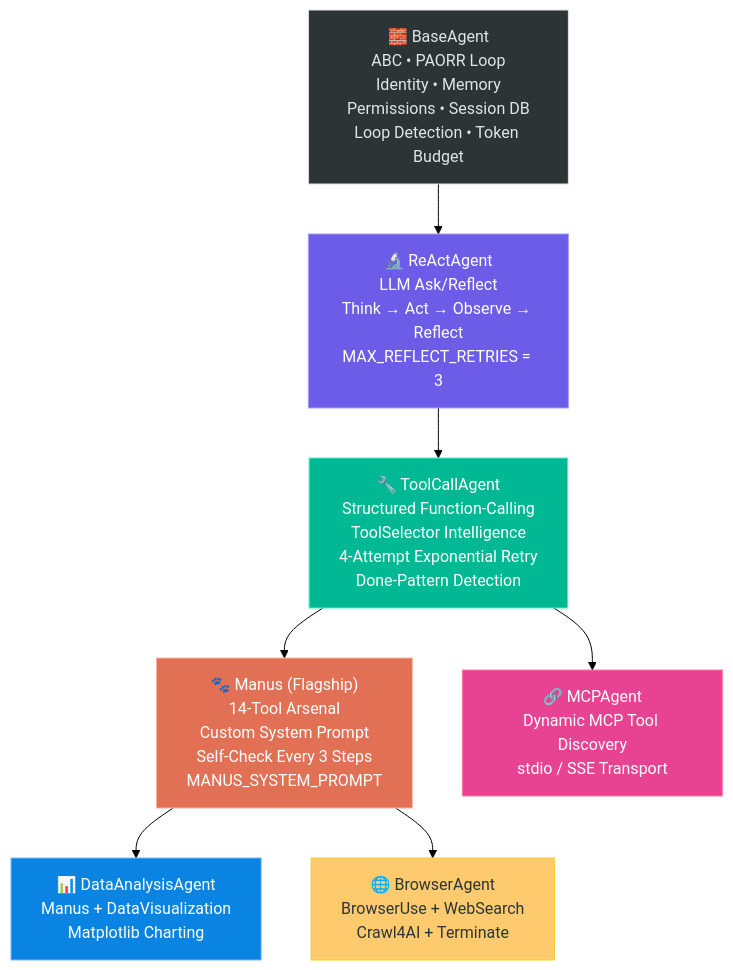
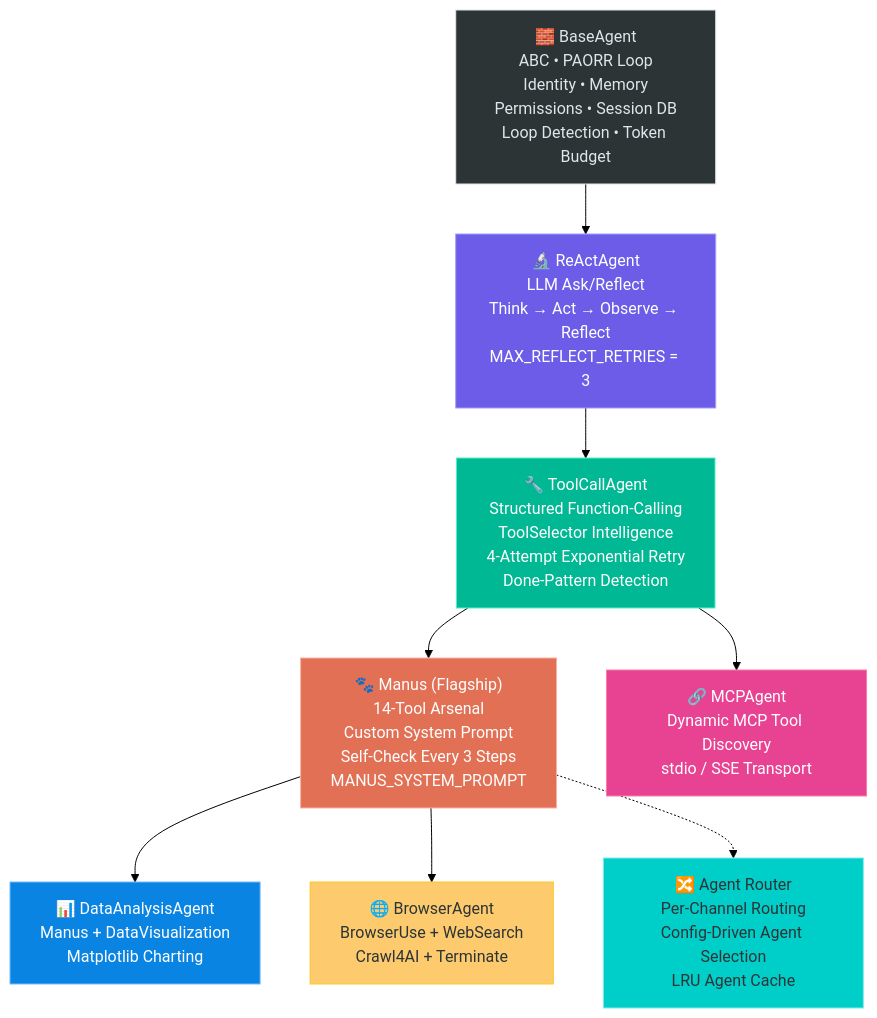
Before and after one commit to The-JDdev/ManusClaw: the third of 15 diagrams in README.md, drawn with Mermaid (forest theme). The commit also changed other lines of this file and 1 other file, not shown here.

````diff
--- a/README.md
+++ b/README.md
@@ -181,25 +282,28 @@
 ```mermaid
 flowchart TB
     BA["🧱 BaseAgent<br/>ABC • PAORR Loop<br/>Identity • Memory<br/>Permissions • Session DB<br/>Loop Detection • Token Budget"]
     RA["🔬 ReActAgent<br/>LLM Ask/Reflect<br/>Think → Act → Observe → Reflect<br/>MAX_REFLECT_RETRIES = 3"]
     TC["🔧 ToolCallAgent<br/>Structured Function-Calling<br/>ToolSelector Intelligence<br/>4-Attempt Exponential Retry<br/>Done-Pattern Detection"]
     MA["🐾 Manus (Flagship)<br/>14-Tool Arsenal<br/>Custom System Prompt<br/>Self-Check Every 3 Steps<br/>MANUS_SYSTEM_PROMPT"]
     DA["📊 DataAnalysisAgent<br/>Manus + DataVisualization<br/>Matplotlib Charting"]
     BWA["🌐 BrowserAgent<br/>BrowserUse + WebSearch<br/>Crawl4AI + Terminate"]
     MA2["🔗 MCPAgent<br/>Dynamic MCP Tool Discovery<br/>stdio / SSE Transport"]
+    AR["🔀 Agent Router<br/>Per-Channel Routing<br/>Config-Driven Agent Selection<br/>LRU Agent Cache"]
 
     BA --> RA
     RA --> TC
     TC --> MA
     MA --> DA
     MA --> BWA
     TC --> MA2
+    MA -.-> AR
 
     style BA fill:#2d3436,stroke:#dfe6e9,color:#dfe6e9
     style RA fill:#6c5ce7,stroke:#a29bfe,color:#fff
     style TC fill:#00b894,stroke:#55efc4,color:#fff
     style MA fill:#e17055,stroke:#fab1a0,color:#fff
     style DA fill:#0984e3,stroke:#74b9ff,color:#fff
     style BWA fill:#fdcb6e,stroke:#f9ca24,color:#2d3436
     style MA2 fill:#e84393,stroke:#fd79a8,color:#fff
+    style AR fill:#00cec9,stroke:#81ecec,color:#2d3436
 ```
````
